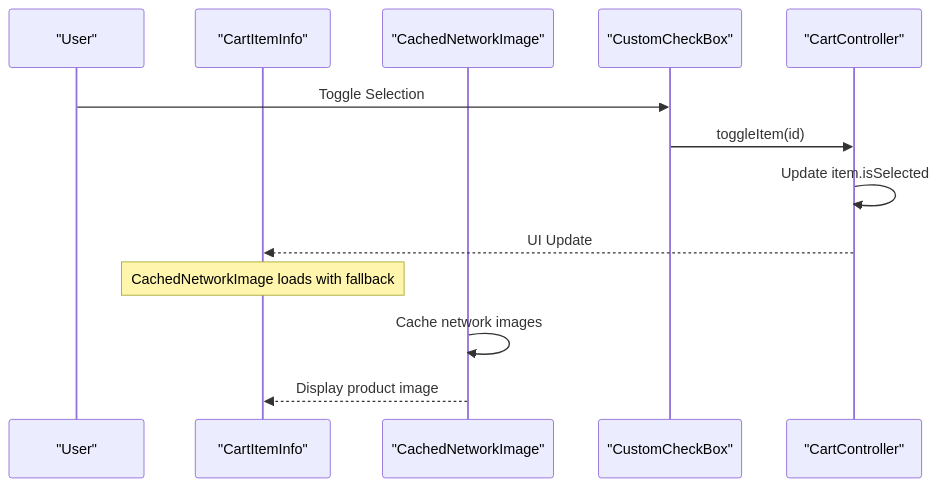
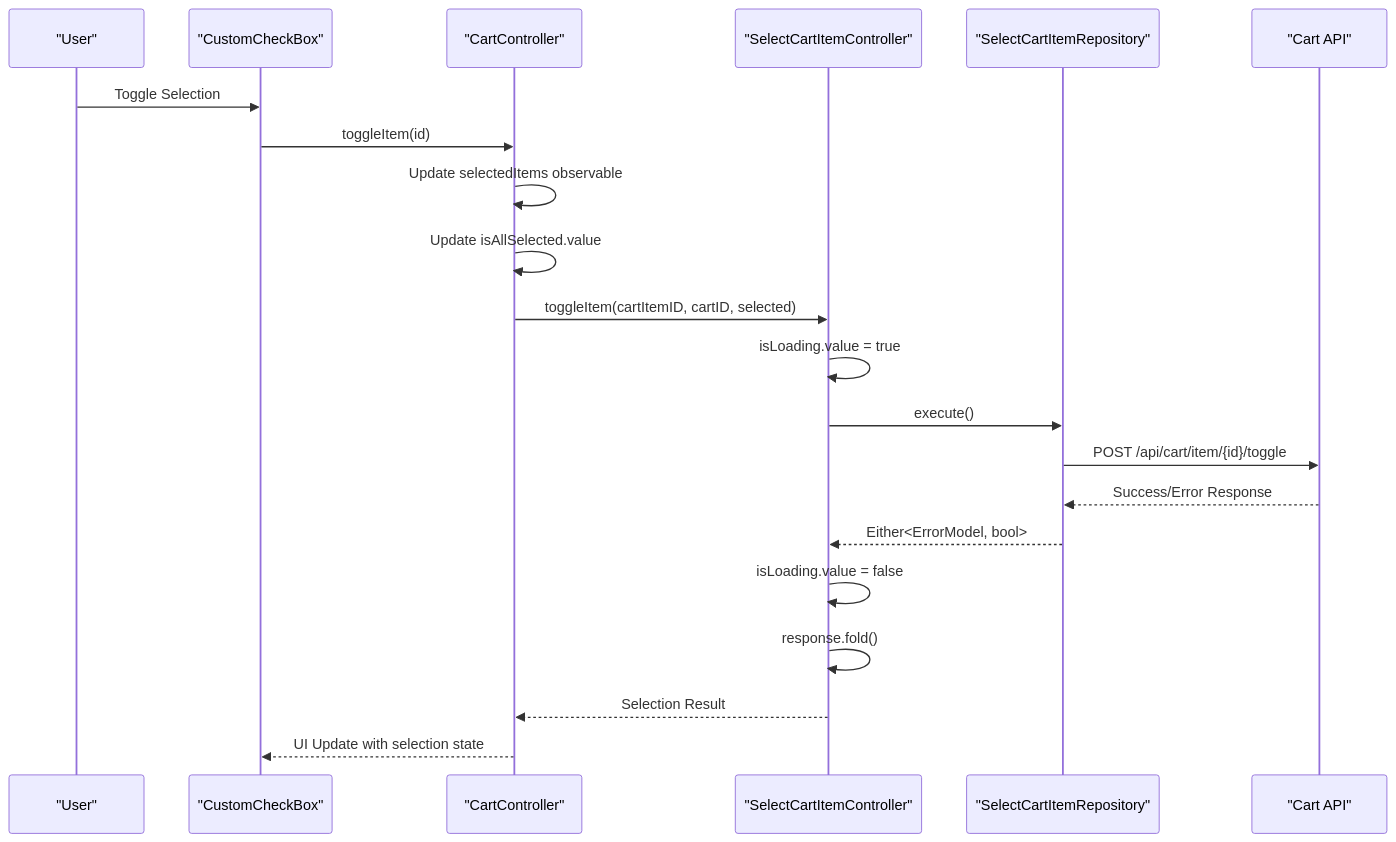
Before and after one commit to Ariful3111/FurniGo: the fifth of 16 diagrams in .qoder/repowiki/en/content/Core Features/E-commerce Platform/Shopping Cart System.md, drawn with Mermaid. The commit also changed other lines of this file and 8 other files, not shown here.

Commit message:
Cart Item Delete Completed

````diff
--- a/.qoder/repowiki/en/content/Core Features/E-commerce Platform/Shopping Cart System.md
+++ b/.qoder/repowiki/en/content/Core Features/E-commerce Platform/Shopping Cart System.md
@@ -232,15 +309,23 @@
 ```mermaid
 sequenceDiagram
 participant User as "User"
-participant ItemInfo as "CartItemInfo"
-participant Image as "CachedNetworkImage"
-participant Checkbox as "CustomCheckBox"
+participant CheckBox as "CustomCheckBox"
 participant Controller as "CartController"
-User->>Checkbox : Toggle Selection
-Checkbox->>Controller : toggleItem(id)
-Controller->>Controller : Update item.isSelected
-Controller-->>ItemInfo : UI Update
-Note over ItemInfo : CachedNetworkImage loads with fallback
-Image->>Image : Cache network images
-Image-->>ItemInfo : Display product image
+participant SelectItemController as "SelectCartItemController"
+participant SelectItemRepo as "SelectCartItemRepository"
+participant API as "Cart API"
+User->>CheckBox : Toggle Selection
+CheckBox->>Controller : toggleItem(id)
+Controller->>Controller : Update selectedItems observable
+Controller->>Controller : Update isAllSelected.value
+Controller->>SelectItemController : toggleItem(cartItemID, cartID, selected)
+SelectItemController->>SelectItemController : isLoading.value = true
+SelectItemController->>SelectItemRepo : execute()
+SelectItemRepo->>API : POST /api/cart/item/{id}/toggle
+API-->>SelectItemRepo : Success/Error Response
+SelectItemRepo-->>SelectItemController : Either<ErrorModel, bool>
+SelectItemController->>SelectItemController : isLoading.value = false
+SelectItemController->>SelectItemController : response.fold()
+SelectItemController-->>Controller : Selection Result
+Controller-->>CheckBox : UI Update with selection state
 ```
````
